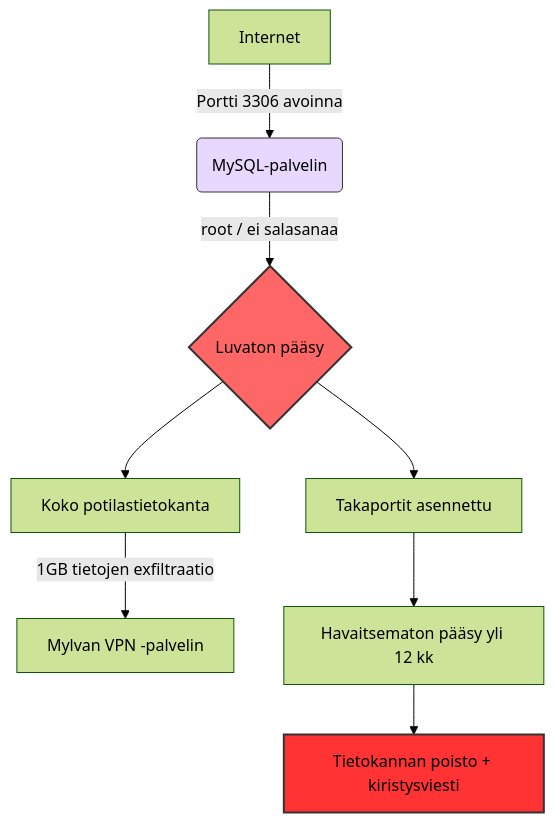
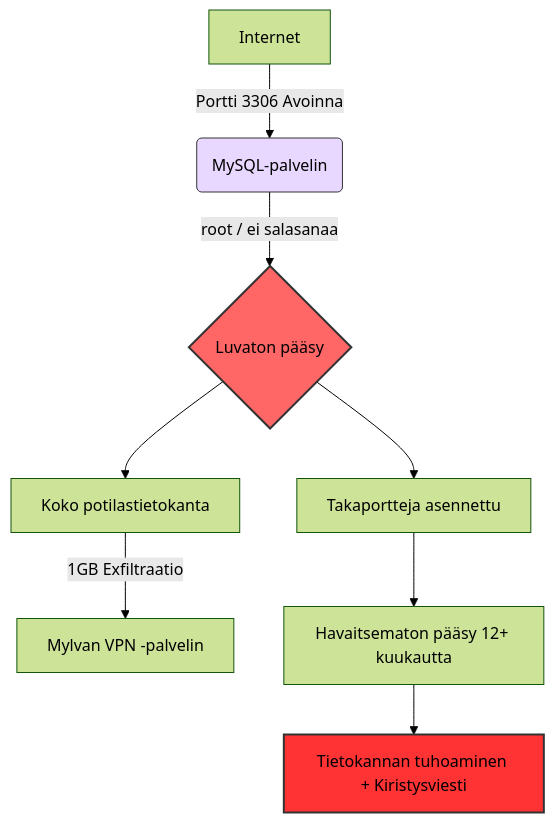
One commit to satuikola/vastaamo-incident-postmortem changed the diagram in README.fi.md. Above: the diagram before and after it, drawn with Mermaid (forest theme). The commit also changed other lines of this file, not shown here.

````diff
--- a/README.fi.md
+++ b/README.fi.md
@@ -124,17 +108,15 @@
 ```mermaid
 graph TD
-    A[Internet] -->|Portti 3306 avoinna| B(MySQL-palvelin)
+    A[Internet] -->|Portti 3306 Avoinna| B(MySQL-palvelin)
     B -->|root / ei salasanaa| C{Luvaton pääsy}
-    
     C --> D[Koko potilastietokanta]
-    D -->|"1GB tietojen exfiltraatio"| E[Mylvan VPN -palvelin]
-
-    C --> F[Takaportit asennettu]
-    F --> G[Havaitsematon pääsy yli 12 kk]
-
-    G --> H[Tietokannan poisto + kiristysviesti]
+    D -->|1GB Exfiltraatio| E[Mylvan VPN -palvelin]
+    C --> F[Takaportteja asennettu]
+    F --> G[Havaitsematon pääsy 12+ kuukautta]
+    G --> H[Tietokannan tuhoaminen + Kiristysviesti]
 
     style B fill:#e8d7ff,stroke:#333,stroke-width:1px
     style C fill:#ff6666,stroke:#333,stroke-width:2px
     style H fill:#ff3333,stroke:#333,stroke-width:2px
+
 ```
````
